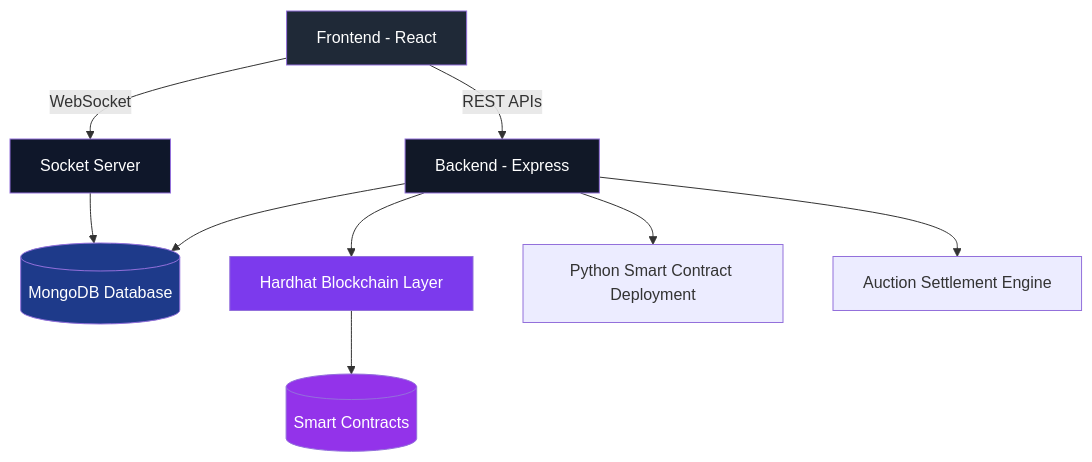
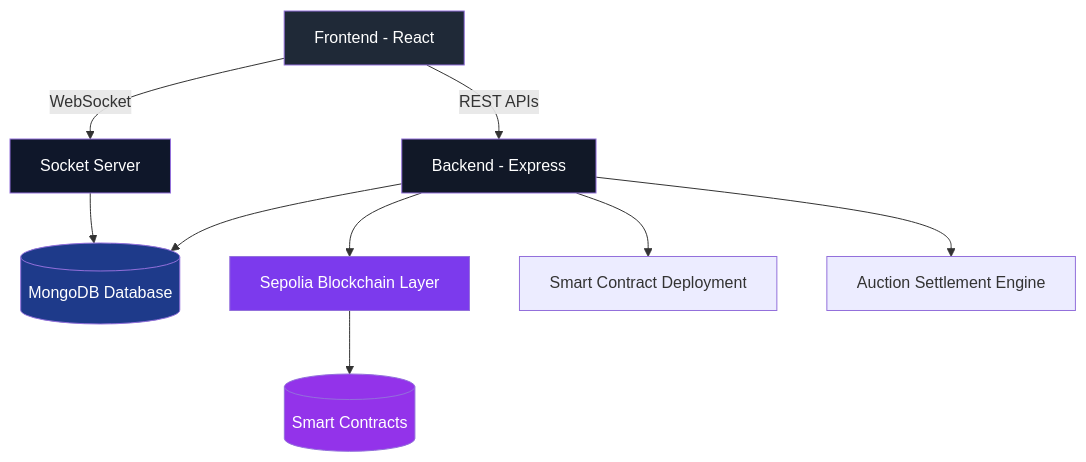
The first of 10 diagrams in README.md (YashKerkarTech04/YAR-Coin-2.0), drawn with Mermaid before and after one commit. The commit also changed other lines of this file, not shown here.

`````diff
--- a/README.md
+++ b/README.md
@@ -39,23 +39,23 @@
 ```mermaid
 flowchart TD
 
     A[Frontend - React] -->|REST APIs| B[Backend - Express]
     A -->|WebSocket| C[Socket Server]
     
     B --> D[(MongoDB Database)]
-    B --> E[Hardhat Blockchain Layer]
-    B --> F[Python Smart Contract Deployment]
+    B --> E[Sepolia Blockchain Layer]
+    B --> F[Smart Contract Deployment]
     
     B --> G[Auction Settlement Engine]
     
     E --> H[(Smart Contracts)]
     
     C --> D
     
     style A fill:#1f2937,color:#fff
     style B fill:#111827,color:#fff
     style C fill:#0f172a,color:#fff
     style D fill:#1e3a8a,color:#fff
     style E fill:#7c3aed,color:#fff
     style H fill:#9333ea,color:#fff
 ````
`````
